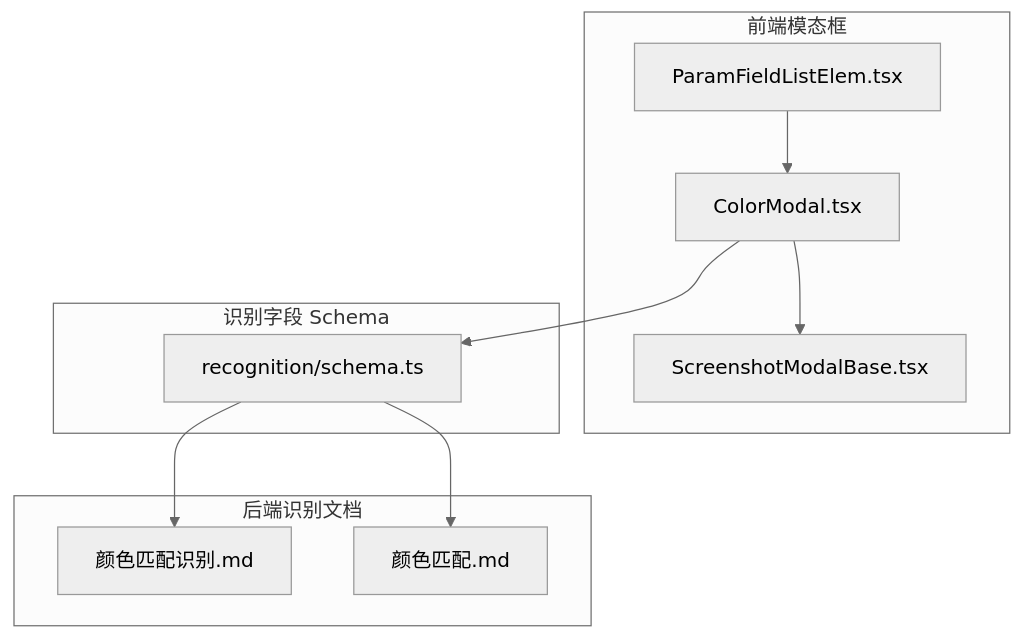
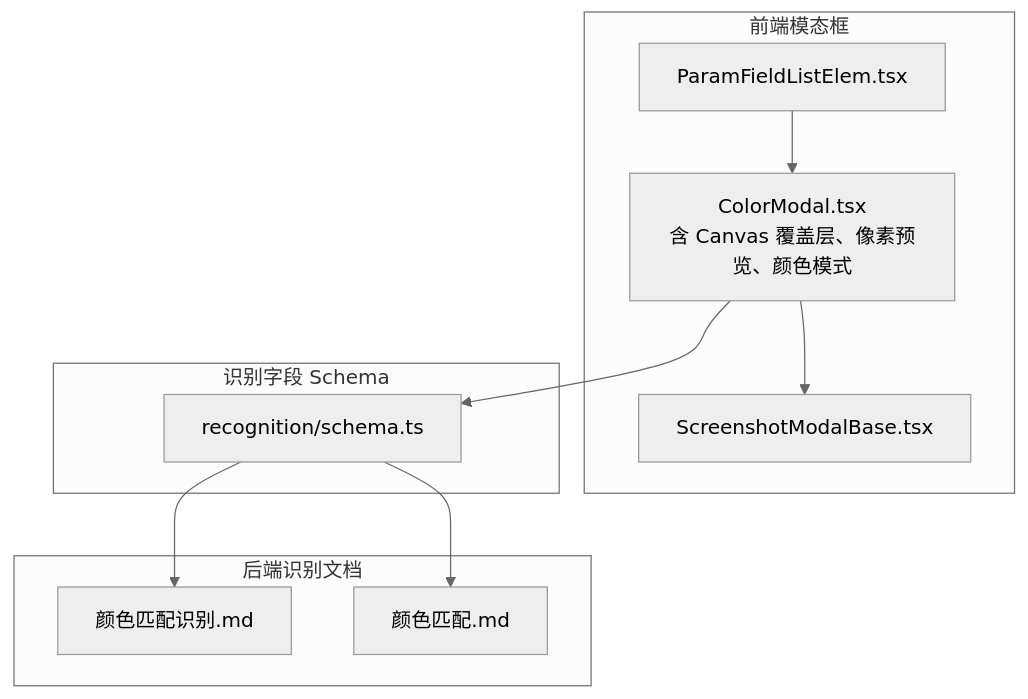
Before and after one commit to kqcoxn/MaaPipelineEditor: the first of 4 diagrams in .qoder/repowiki/zh/content/核心概念/颜色识别模态框.md, drawn with Mermaid (neutral theme). The commit also changed other lines of this file and 6 other files, not shown here.

````diff
--- a/.qoder/repowiki/zh/content/核心概念/颜色识别模态框.md
+++ b/.qoder/repowiki/zh/content/核心概念/颜色识别模态框.md
@@ -36,20 +45,20 @@
 ```mermaid
 graph TB
 subgraph "前端模态框"
-A["ColorModal.tsx"]
+A["ColorModal.tsx<br/>含 Canvas 覆盖层、像素预览、颜色模式"]
 B["ScreenshotModalBase.tsx"]
 C["ParamFieldListElem.tsx"]
 end
 subgraph "识别字段 Schema"
 D["recognition/schema.ts"]
 end
 subgraph "后端识别文档"
 E["颜色匹配识别.md"]
 F["颜色匹配.md"]
 end
 C --> A
 A --> B
 A --> D
 D --> E
 D --> F
 ```
````
